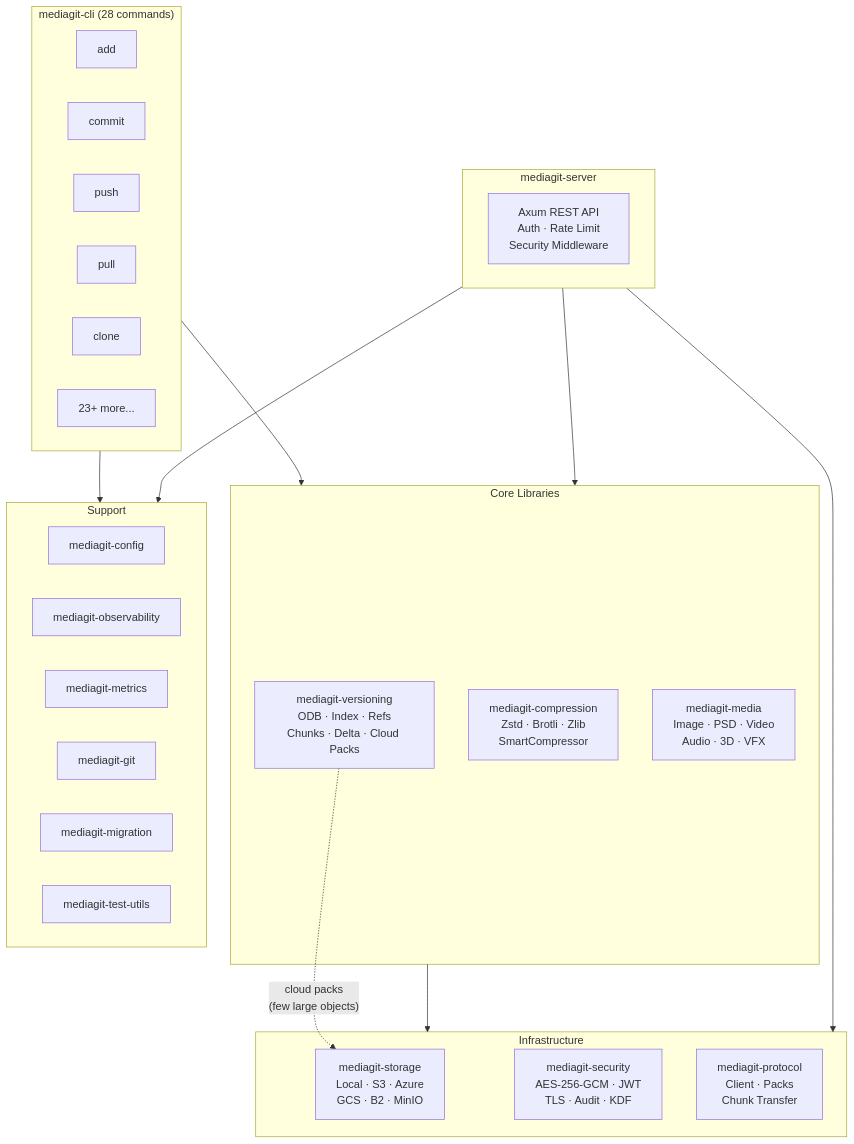
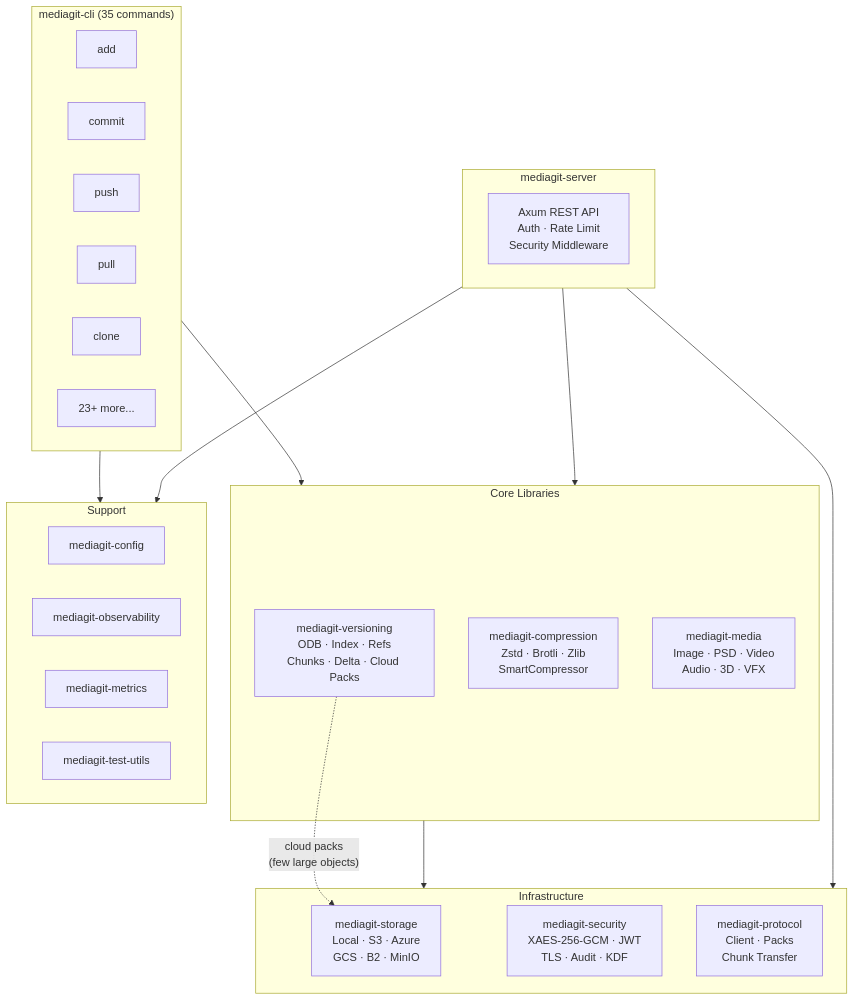
One commit to winnyboy5/mediagit-core changed the first of 18 diagrams in ARCHITECTURE.md. Above: the diagram before and after it, drawn with Mermaid. The commit also changed other lines of this file and 558 other files, not shown here.

````diff
--- a/ARCHITECTURE.md
+++ b/ARCHITECTURE.md
@@ -10,44 +12,42 @@
 ```mermaid
 graph TD
-    subgraph CLI["mediagit-cli (28 commands)"]
+    subgraph CLI["mediagit-cli (35 commands)"]
         ADD["add"]
         COMMIT["commit"]
         PUSH["push"]
         PULL["pull"]
         CLONE["clone"]
         OTHER["23+ more..."]
     end
 
     subgraph Core["Core Libraries"]
         VER["mediagit-versioning<br/>ODB · Index · Refs<br/>Chunks · Delta · Cloud Packs"]
         COMP["mediagit-compression<br/>Zstd · Brotli · Zlib<br/>SmartCompressor"]
         MEDIA["mediagit-media<br/>Image · PSD · Video<br/>Audio · 3D · VFX"]
     end
 
     subgraph Infra["Infrastructure"]
         STORE["mediagit-storage<br/>Local · S3 · Azure<br/>GCS · B2 · MinIO"]
-        SEC["mediagit-security<br/>AES-256-GCM · JWT<br/>TLS · Audit · KDF"]
+        SEC["mediagit-security<br/>XAES-256-GCM · JWT<br/>TLS · Audit · KDF"]
         PROTO["mediagit-protocol<br/>Client · Packs<br/>Chunk Transfer"]
     end
 
     subgraph Support["Support"]
         CFG["mediagit-config"]
         OBS["mediagit-observability"]
         MET["mediagit-metrics"]
-        GIT["mediagit-git"]
-        MIG["mediagit-migration"]
         TEST["mediagit-test-utils"]
     end
 
     subgraph Server["mediagit-server"]
         AXUM["Axum REST API<br/>Auth · Rate Limit<br/>Security Middleware"]
     end
 
     CLI --> Core
     Core --> Infra
     Server --> Core
     Server --> Infra
     CLI --> Support
     Server --> Support
     VER -.->|"cloud packs<br/>(few large objects)"| STORE
 ```
````
